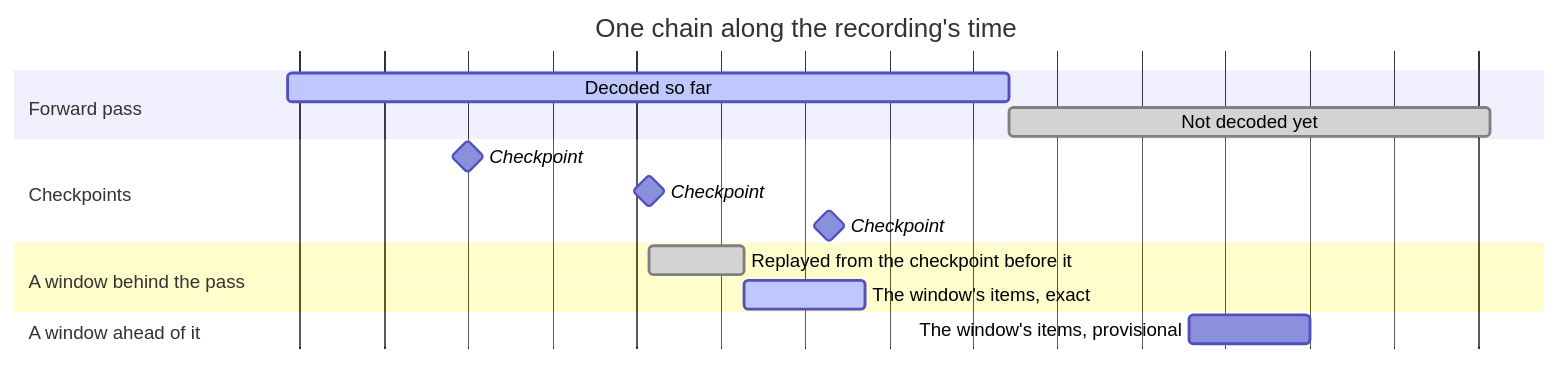
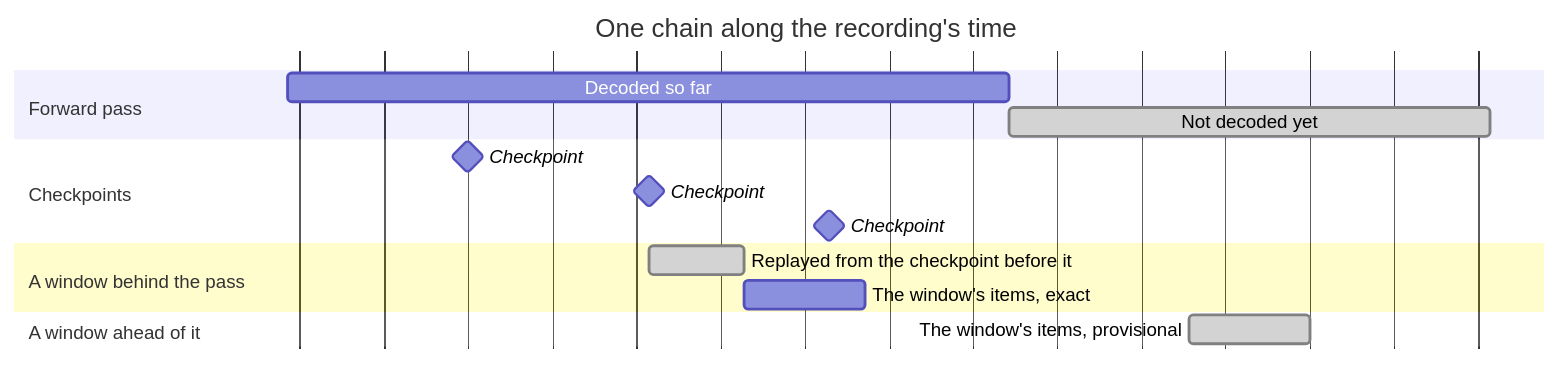
One commit to Escapement-Project/tickwave changed the third of 3 diagrams in DECODING.md. Above: the diagram before and after it, drawn with Mermaid.

Commit message:
tickwave: keep DECODING.md's checkpoint chart legible in dark mode
Mermaid draws an active bar's label in the dark text meant for inside the bar, even where the label sits beside it, so on a dark page the exact window's label vanished. The chart no longer uses the active style: exact items take the plain bar, and everything else is done.

````diff
--- a/DECODING.md
+++ b/DECODING.md
@@ -156,20 +156,20 @@
 ```mermaid
 %%{init: {"gantt": {"leftPadding": 190, "fontSize": 13, "sectionFontSize": 13}}}%%
 gantt
     title One chain along the recording's time
     dateFormat YYYY-MM-DD
     axisFormat  
     todayMarker off
     section Forward pass
-    Decoded so far                         : active, pass, 2000-01-01, 60d
+    Decoded so far                         : pass, 2000-01-01, 60d
     Not decoded yet                        : done, rest, after pass, 40d
     section Checkpoints
     Checkpoint                             : milestone, c1, 2000-01-16, 0d
     Checkpoint                             : milestone, c2, 2000-01-31, 0d
     Checkpoint                             : milestone, c3, 2000-02-15, 0d
     section A window behind the pass
     Replayed from the checkpoint before it : done, replay, 2000-01-31, 8d
-    The window's items, exact              : active, wa, after replay, 10d
+    The window's items, exact              : wa, after replay, 10d
     section A window ahead of it
-    The window's items, provisional        : wb, 2000-03-16, 10d
+    The window's items, provisional        : done, wb, 2000-03-16, 10d
 ```
````
